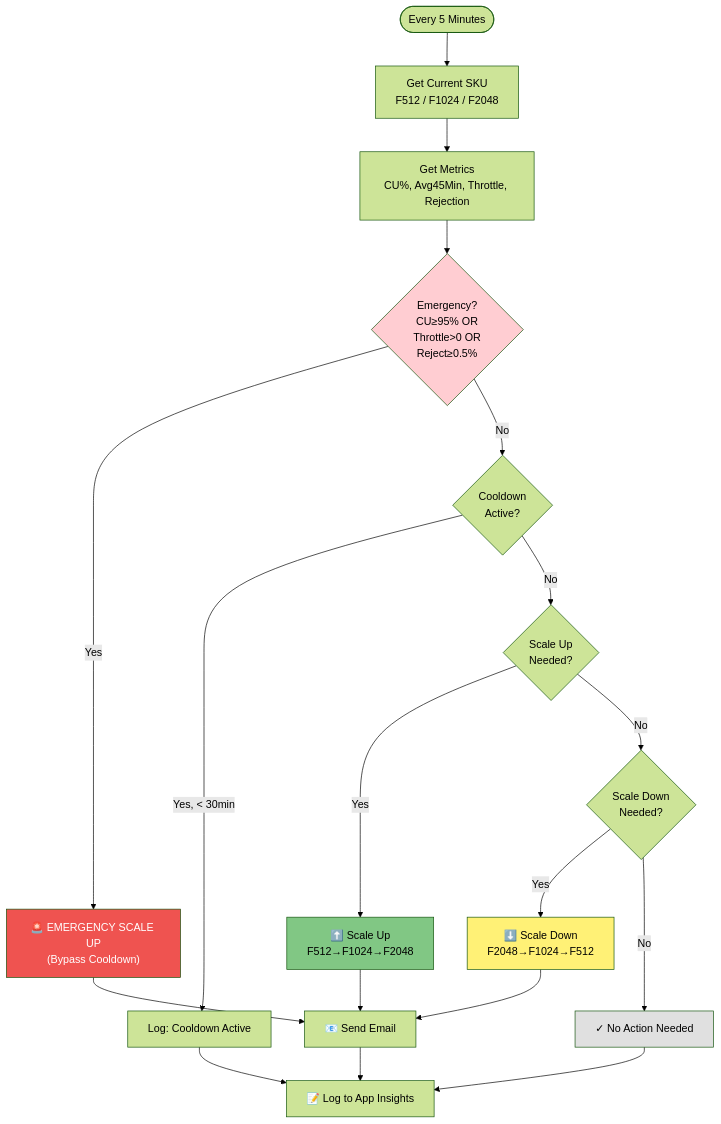
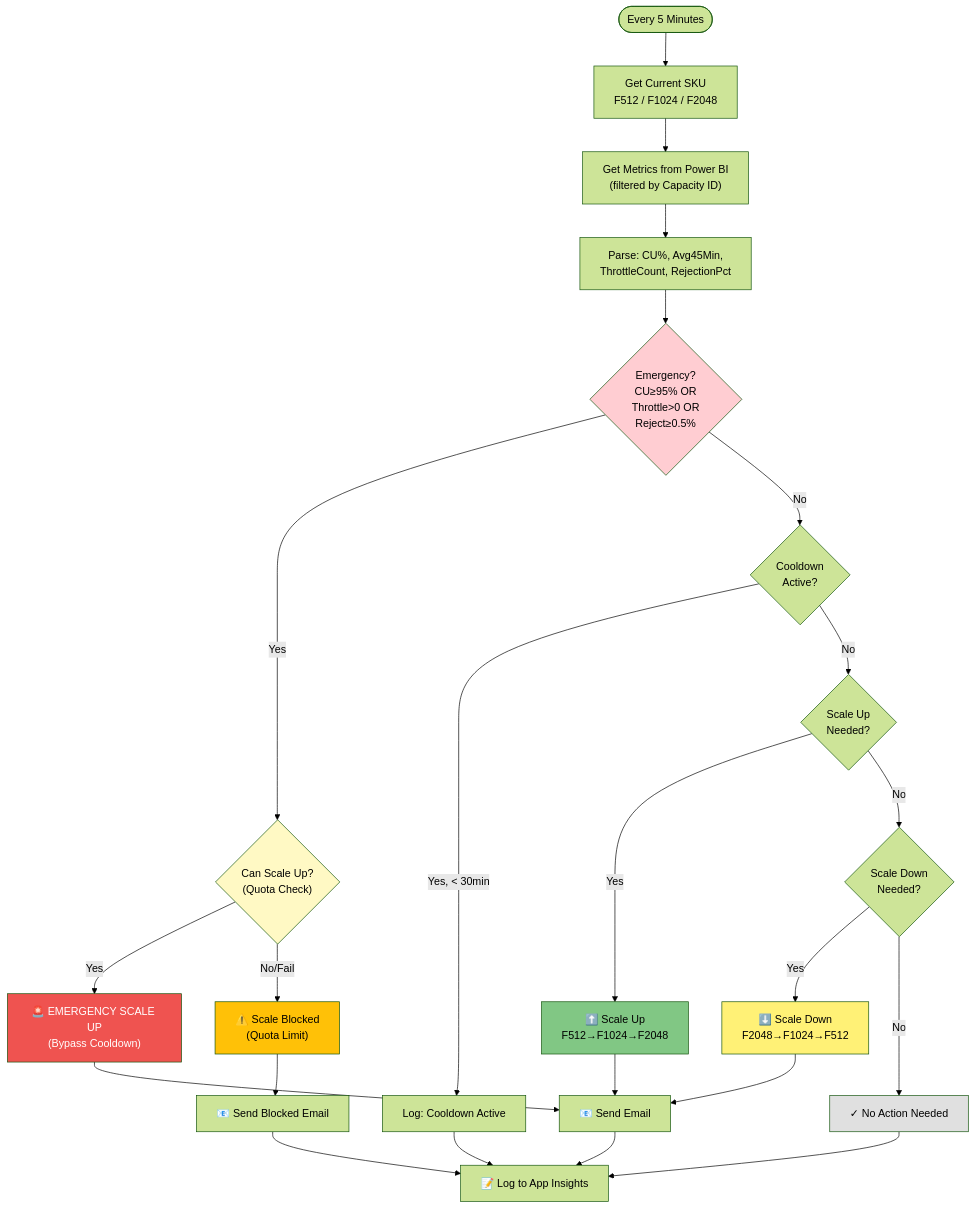
The first of 2 diagrams in README.md (Abhishek-Kraj/fabric-capacity-autoscaling), drawn with Mermaid (forest theme) before and after one commit. The commit also changed other lines of this file, not shown here.

First line of the commit message:
docs: Update diagrams with Capacity ID filtering and graceful failure handling

````diff
--- a/README.md
+++ b/README.md
@@ -77,31 +77,38 @@
 ```mermaid
 flowchart TD
     Start(["Every 5 Minutes"]) --> GetSKU["Get Current SKU<br/>F512 / F1024 / F2048"]
-    GetSKU --> GetMetrics["Get Metrics<br/>CU%, Avg45Min, Throttle, Rejection"]
-    GetMetrics --> Emergency{"Emergency?<br/>CU≥95% OR<br/>Throttle>0 OR<br/>Reject≥0.5%"}
+    GetSKU --> GetMetrics["Get Metrics from Power BI<br/>(filtered by Capacity ID)"]
+    GetMetrics --> ParseMetrics["Parse: CU%, Avg45Min,<br/>ThrottleCount, RejectionPct"]
+    ParseMetrics --> Emergency{"Emergency?<br/>CU≥95% OR<br/>Throttle>0 OR<br/>Reject≥0.5%"}
 
-    Emergency -->|Yes| EmergencyScale["🚨 EMERGENCY SCALE UP<br/>(Bypass Cooldown)"]
+    Emergency -->|Yes| CheckQuota{"Can Scale Up?<br/>(Quota Check)"}
+    CheckQuota -->|Yes| EmergencyScale["🚨 EMERGENCY SCALE UP<br/>(Bypass Cooldown)"]
+    CheckQuota -->|No/Fail| QuotaBlocked["⚠️ Scale Blocked<br/>(Quota Limit)"]
     Emergency -->|No| Cooldown{"Cooldown<br/>Active?"}
 
     Cooldown -->|Yes, < 30min| LogCooldown["Log: Cooldown Active"]
     Cooldown -->|No| CheckScaleUp{"Scale Up<br/>Needed?"}
 
     CheckScaleUp -->|Yes| ScaleUp["⬆️ Scale Up<br/>F512→F1024→F2048"]
     CheckScaleUp -->|No| CheckScaleDown{"Scale Down<br/>Needed?"}
 
     CheckScaleDown -->|Yes| ScaleDown["⬇️ Scale Down<br/>F2048→F1024→F512"]
     CheckScaleDown -->|No| NoAction["✓ No Action Needed"]
 
     EmergencyScale --> Notify["📧 Send Email"]
+    QuotaBlocked --> NotifyBlocked["📧 Send Blocked Email"]
     ScaleUp --> Notify
     ScaleDown --> Notify
     LogCooldown --> Log["📝 Log to App Insights"]
     NoAction --> Log
     Notify --> Log
+    NotifyBlocked --> Log
 
     style Emergency fill:#ffcdd2
     style EmergencyScale fill:#ef5350,color:#fff
+    style QuotaBlocked fill:#ffc107,color:#000
+    style CheckQuota fill:#fff9c4
     style ScaleUp fill:#81c784
     style ScaleDown fill:#fff176
     style NoAction fill:#e0e0e0
 ```
````
